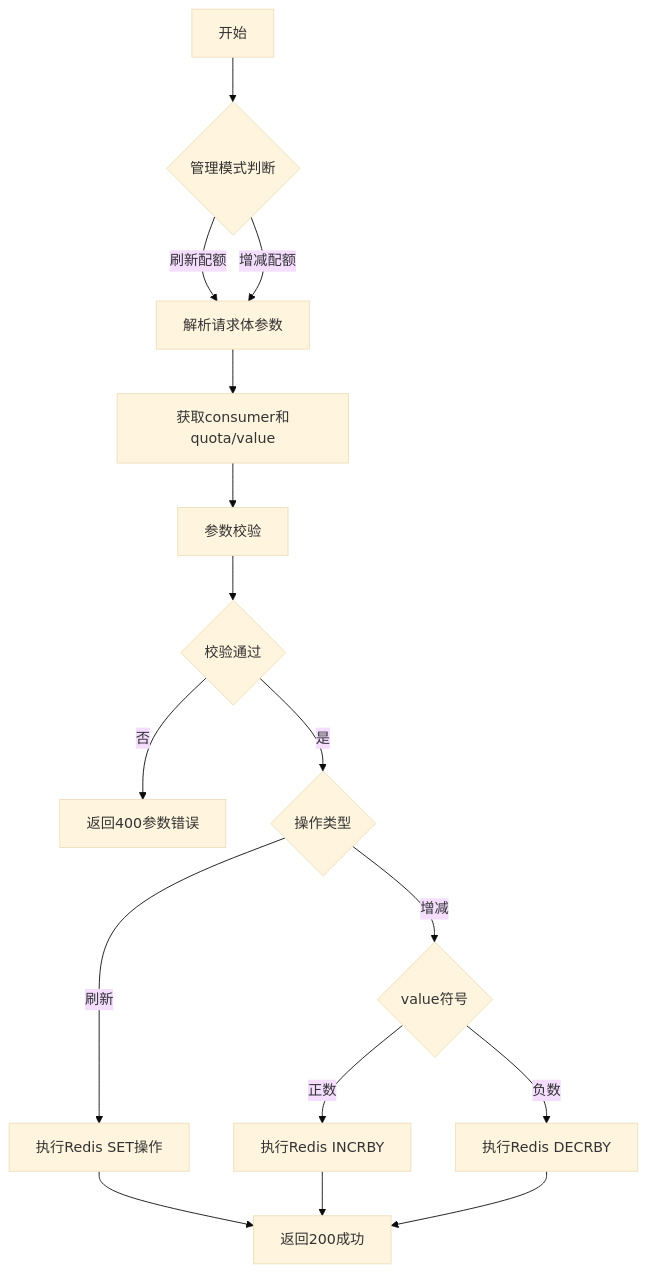
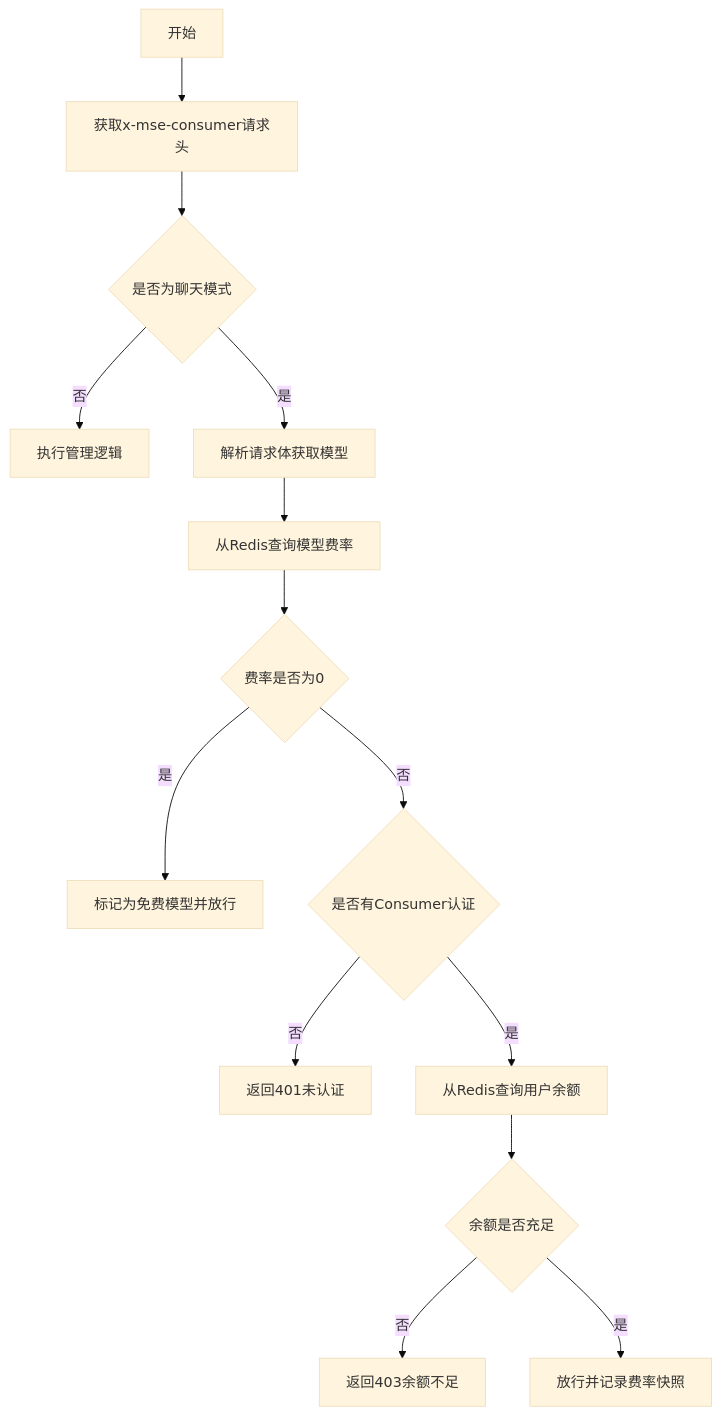
One commit to amamibamihong/higress changed the second of 3 diagrams in plugins/wasm-go/extensions/ai-quota/README.md. Above: the diagram before and after it, drawn with Mermaid (base theme). The commit also changed other lines of this file and 5 other files, not shown here.

````diff
--- a/plugins/wasm-go/extensions/ai-quota/README.md
+++ b/plugins/wasm-go/extensions/ai-quota/README.md
@@ -170,18 +173,16 @@
 ```mermaid
 graph TD
-    A[开始] --> B{管理模式判断}
-    B -->|刷新配额| C[解析请求体参数]
-    B -->|增减配额| C
-    C --> D[获取consumer和quota/value]
-    D --> E[参数校验]
-    E --> F{校验通过}
-    F -->|否| G[返回400参数错误]
-    F -->|是| H{操作类型}
-    H -->|刷新| I[执行Redis SET操作]
-    H -->|增减| J{value符号}
-    J -->|正数| K[执行Redis INCRBY]
-    J -->|负数| L[执行Redis DECRBY]
-    I --> M[返回200成功]
-    K --> M
-    L --> M
+    A[开始] --> B[获取x-mse-consumer请求头]
+    B --> C{是否为聊天模式}
+    C -->|否| D[执行管理逻辑]
+    C -->|是| E[解析请求体获取模型]
+    E --> F[从Redis查询模型费率]
+    F --> G{费率是否为0}
+    G -->|是| H[标记为免费模型并放行]
+    G -->|否| I{是否有Consumer认证}
+    I -->|否| J[返回401未认证]
+    I -->|是| K[从Redis查询用户余额]
+    K --> L{余额是否充足}
+    L -->|否| M[返回403余额不足]
+    L -->|是| N[放行并记录费率快照]
 ```
````
